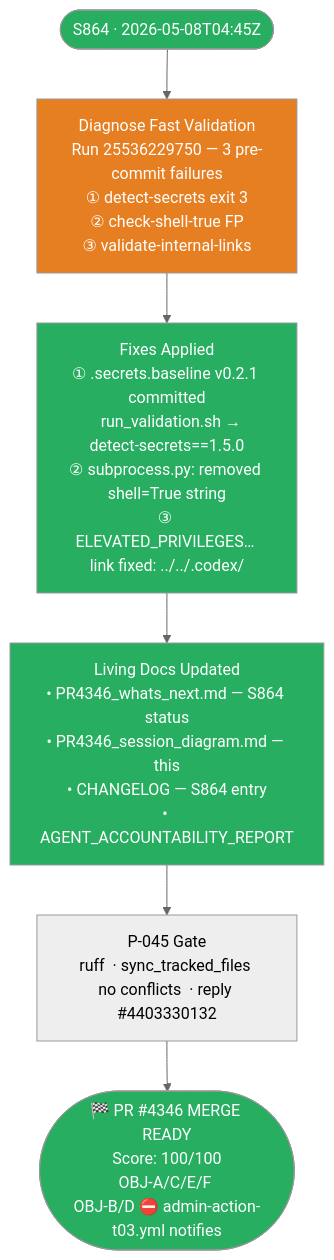
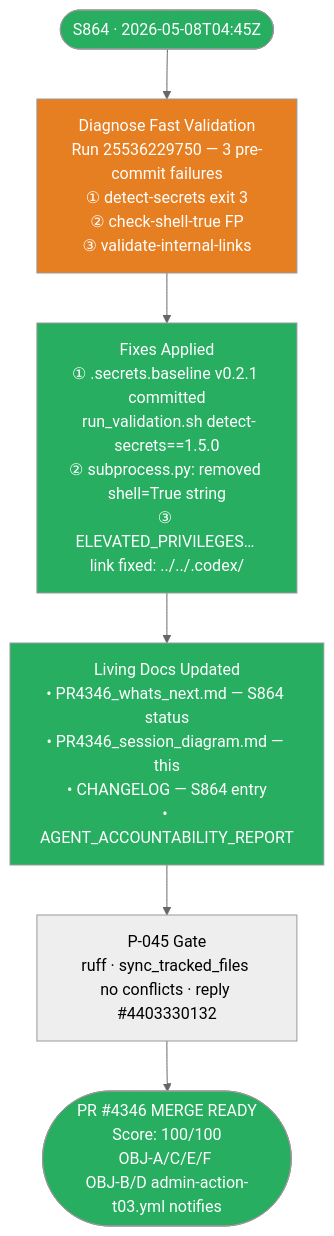
One commit to Aries-Serpent/_codex_ changed the first of 26 diagrams in docs/sessions/PR4346_session_diagram.md. Above: the diagram before and after it, drawn with Mermaid (neutral theme). The commit also changed other lines of this file and 588 other files, not shown here.

````diff
--- a/docs/sessions/PR4346_session_diagram.md
+++ b/docs/sessions/PR4346_session_diagram.md
@@ -14,23 +14,23 @@
 ```mermaid
 %%{init: {'accessibility': {'title': 'Flowchart showing " S864 · 2026-05-08T04:45Z", " Diagnose Fast Validation\nRun 25536229750 — 3 pre-commit failures\n① detect-secrets exit 3\n② check-shell-true FP\n③ validate-internal-links"'}}%%
 
 flowchart TD
 
-    START([" S864 · 2026-05-08T04:45Z"]) --> DIAG
+ START([" S864 · 2026-05-08T04:45Z"]) --> DIAG
 
-    DIAG[" Diagnose Fast Validation\nRun 25536229750 — 3 pre-commit failures\n① detect-secrets exit 3\n② check-shell-true FP\n③ validate-internal-links"] --> FIX
+ DIAG[" Diagnose Fast Validation\nRun 25536229750 — 3 pre-commit failures\n① detect-secrets exit 3\n② check-shell-true FP\n③ validate-internal-links"] --> FIX
 
-    FIX[" Fixes Applied\n① .secrets.baseline v0.2.1 committed\n   run_validation.sh → detect-secrets==1.5.0\n② subprocess.py: removed shell=True string\n③ ELEVATED_PRIVILEGES… link fixed: ../../.codex/"] --> DOCS
+ FIX[" Fixes Applied\n① .secrets.baseline v0.2.1 committed\n run_validation.sh detect-secrets==1.5.0\n② subprocess.py: removed shell=True string\n③ ELEVATED_PRIVILEGES… link fixed: ../../.codex/"] --> DOCS
 
-    DOCS[" Living Docs Updated\n• PR4346_whats_next.md — S864 status\n• PR4346_session_diagram.md — this\n• CHANGELOG — S864 entry\n• AGENT_ACCOUNTABILITY_REPORT"] --> GATE
+ DOCS[" Living Docs Updated\n• PR4346_whats_next.md — S864 status\n• PR4346_session_diagram.md — this\n• CHANGELOG — S864 entry\n• AGENT_ACCOUNTABILITY_REPORT"] --> GATE
 
-    GATE[" P-045 Gate\nruff  · sync_tracked_files \nno conflicts  · reply #4403330132"] --> END
+ GATE[" P-045 Gate\nruff · sync_tracked_files \nno conflicts · reply #4403330132"] --> END
 
-    END(["🏁 PR #4346 MERGE READY\nScore: 100/100\nOBJ-A/C/E/F \nOBJ-B/D ⛔ admin-action-t03.yml notifies"])
+ END([" PR #4346 MERGE READY\nScore: 100/100\nOBJ-A/C/E/F \nOBJ-B/D admin-action-t03.yml notifies"])
 
-    style START fill:#27ae60,color:#fff
-    style END fill:#27ae60,color:#fff
-    style DIAG fill:#e67e22,color:#fff
-    style FIX fill:#27ae60,color:#fff
-    style DOCS fill:#27ae60,color:#fff
+ style START fill:#27ae60,color:#fff
+ style END fill:#27ae60,color:#fff
+ style DIAG fill:#e67e22,color:#fff
+ style FIX fill:#27ae60,color:#fff
+ style DOCS fill:#27ae60,color:#fff
 ```
````
